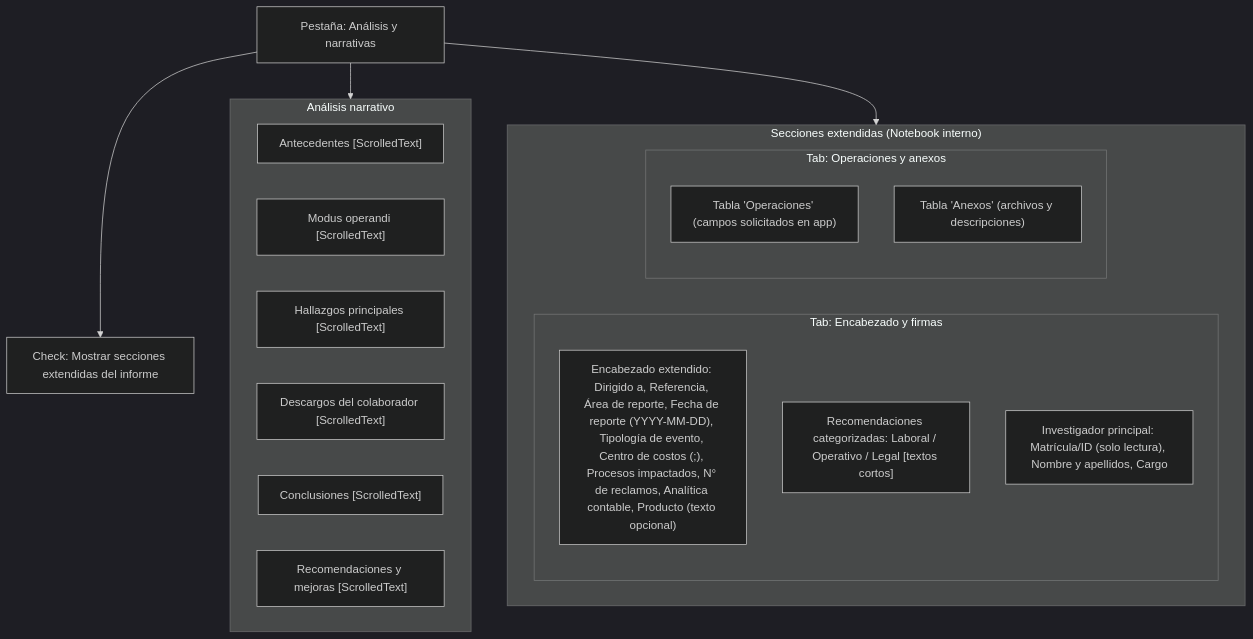
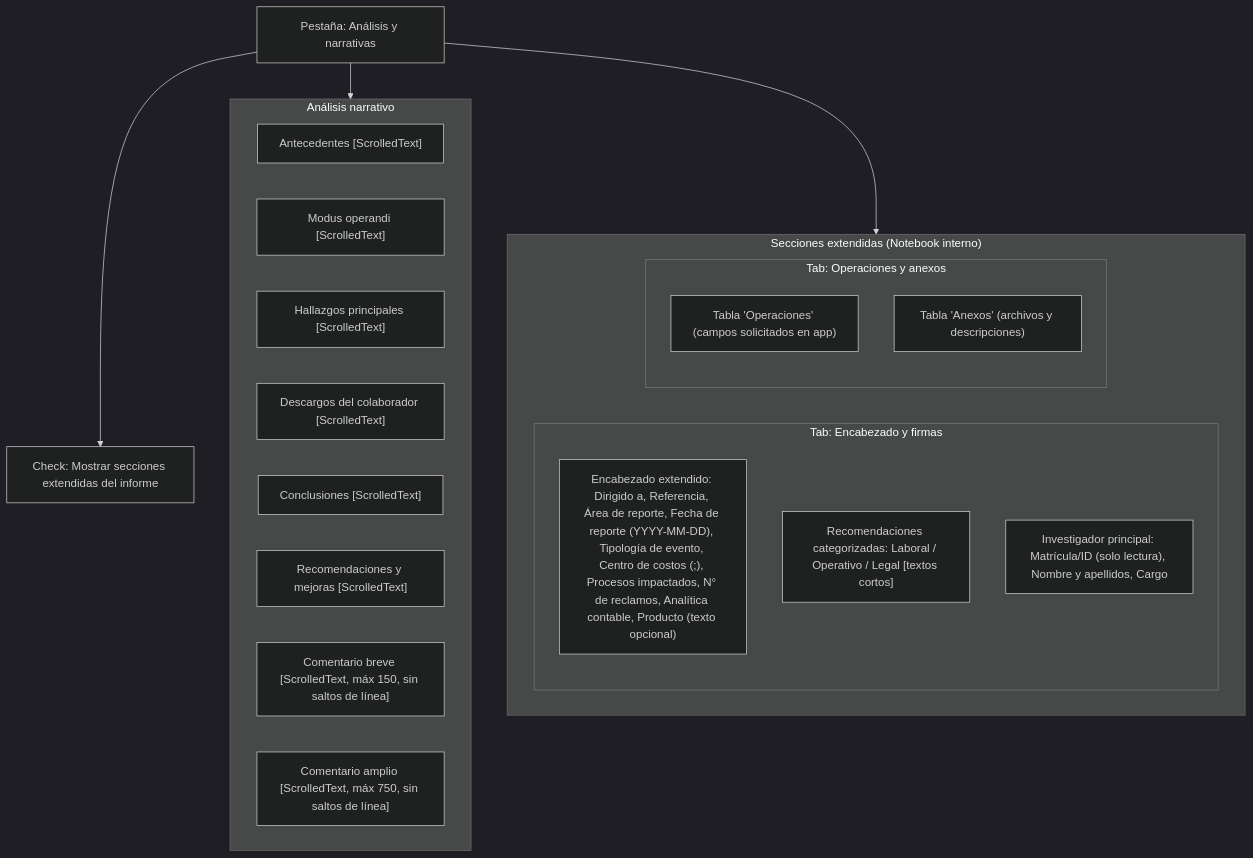
The diagram in wireframes/tab04_analisis.mmd (PillB/Formulario_investigacion), drawn with Mermaid (dark theme) before and after one commit. The commit also changed 1 other file, not shown here.

```diff
--- a/wireframes/tab04_analisis.mmd
+++ b/wireframes/tab04_analisis.mmd
@@ -1,27 +1,29 @@
 flowchart TB
     tab["Pestaña: Análisis y narrativas"]
     toggle_ext["Check: Mostrar secciones extendidas del informe"]
     tab --> toggle_ext
 
     subgraph analisis_group["Análisis narrativo"]
         antecedentes["Antecedentes [ScrolledText]"]
         modus["Modus operandi [ScrolledText]"]
         hallazgos["Hallazgos principales [ScrolledText]"]
         descargos["Descargos del colaborador [ScrolledText]"]
         conclusiones["Conclusiones [ScrolledText]"]
         recomendaciones["Recomendaciones y mejoras [ScrolledText]"]
+        comentario_breve["Comentario breve [ScrolledText, máx 150, sin saltos de línea]"]
+        comentario_amplio["Comentario amplio [ScrolledText, máx 750, sin saltos de línea]"]
     end
     tab --> analisis_group
 
     subgraph secciones_ext["Secciones extendidas (Notebook interno)"]
         subgraph encabezado_tab["Tab: Encabezado y firmas"]
             encabezado_ext["Encabezado extendido: Dirigido a, Referencia, Área de reporte, Fecha de reporte (YYYY-MM-DD), Tipología de evento, Centro de costos (;), Procesos impactados, N° de reclamos, Analítica contable, Producto (texto opcional)"]
             recomendaciones_cat["Recomendaciones categorizadas: Laboral / Operativo / Legal [textos cortos]"]
             firmas["Investigador principal: Matrícula/ID (solo lectura), Nombre y apellidos, Cargo"]
         end
         subgraph tablas_tab["Tab: Operaciones y anexos"]
             operaciones["Tabla 'Operaciones' (campos solicitados en app)"]
             anexos["Tabla 'Anexos' (archivos y descripciones)"]
         end
     end
     tab --> secciones_ext
```
